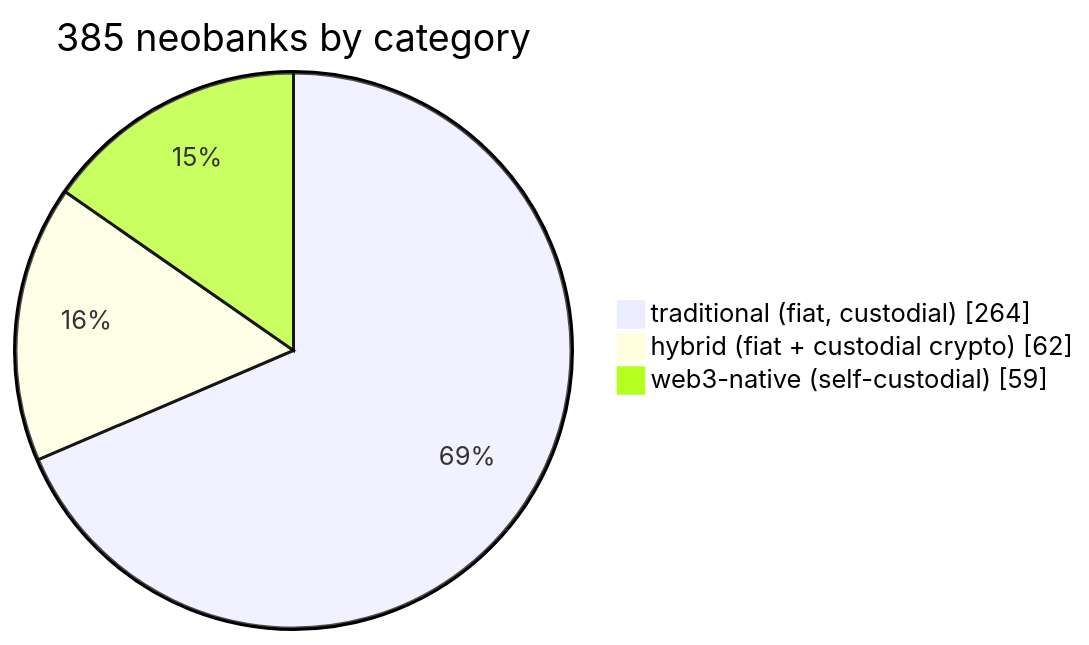
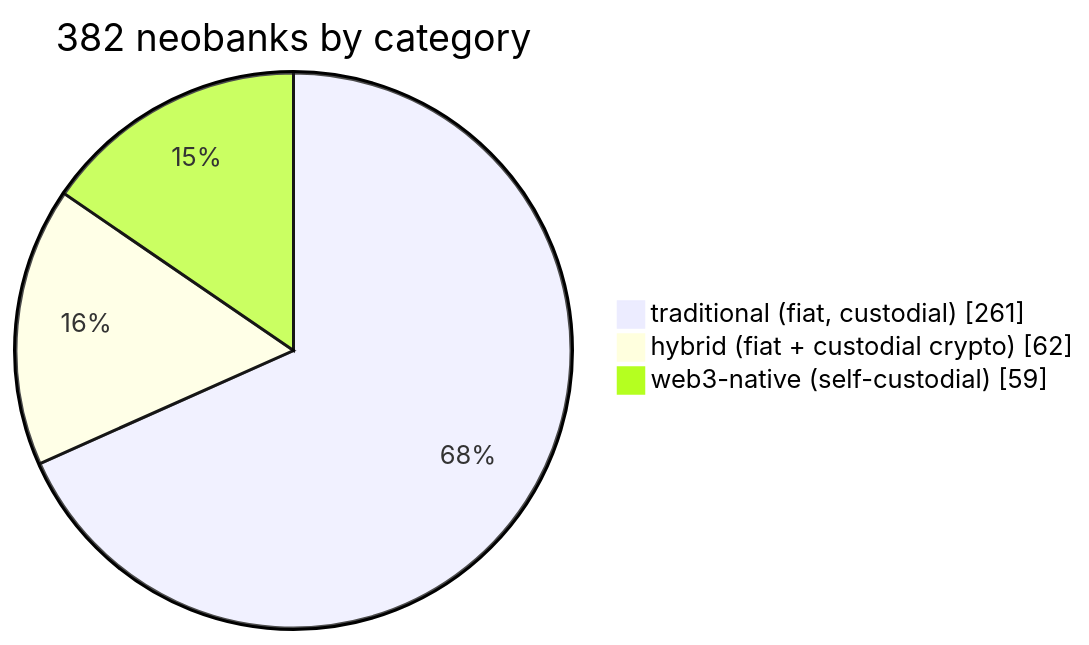
Before and after one commit to andreolf/neobankbeat: the first of 3 diagrams in README.md, drawn with Mermaid. The commit also changed other lines of this file and 4178 other files, not shown here.

````diff
--- a/README.md
+++ b/README.md
@@ -42,6 +42,6 @@
 ```mermaid
-pie showData title 385 neobanks by category
-    "traditional (fiat, custodial)" : 264
+pie showData title 382 neobanks by category
+    "traditional (fiat, custodial)" : 261
     "hybrid (fiat + custodial crypto)" : 62
     "web3-native (self-custodial)" : 59
 ```
````
